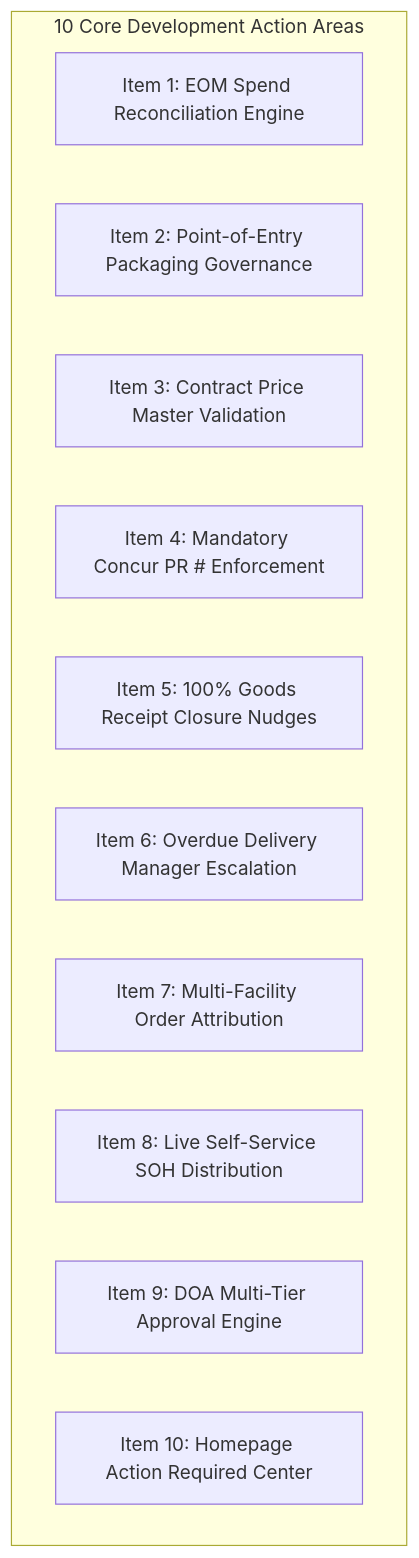
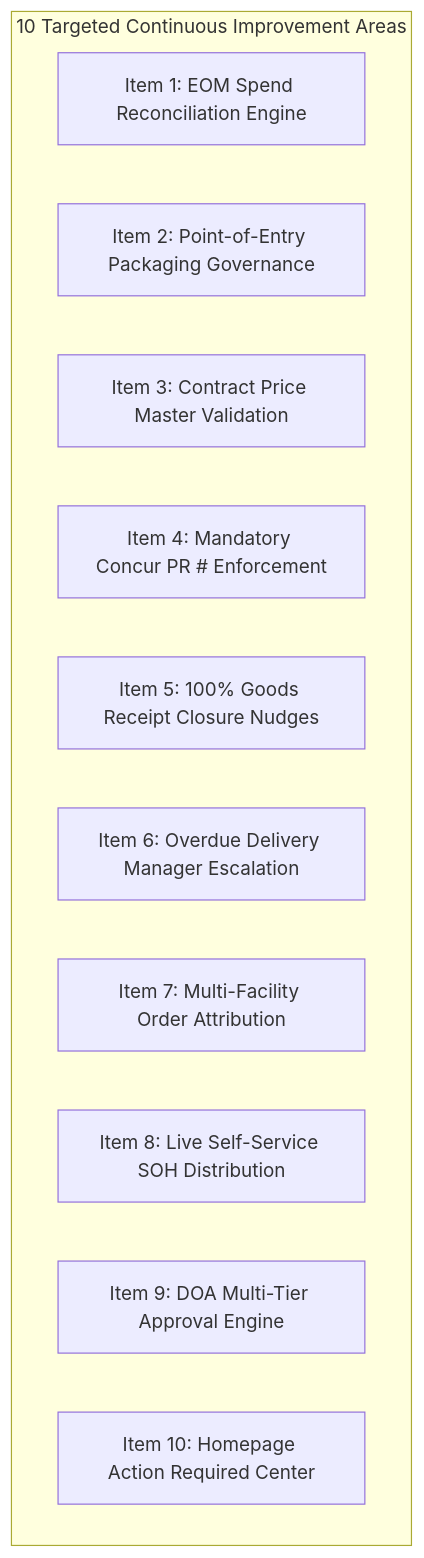
Before and after one commit to SPLGit-Project/ProcureFlow-App: the third of 3 diagrams in docs/PROCUREFLOW_DEVELOPMENT_ACTION_PLAN.md, drawn with Mermaid. The commit also changed other lines of this file, not shown here.

````diff
--- a/docs/PROCUREFLOW_DEVELOPMENT_ACTION_PLAN.md
+++ b/docs/PROCUREFLOW_DEVELOPMENT_ACTION_PLAN.md
@@ -37,15 +89,15 @@
 ```mermaid
 flowchart TD
-    subgraph Pillars ["10 Core Development Action Areas"]
+    subgraph Pillars ["10 Targeted Continuous Improvement Areas"]
         P1["Item 1: EOM Spend Reconciliation Engine"]
         P2["Item 2: Point-of-Entry Packaging Governance"]
         P3["Item 3: Contract Price Master Validation"]
         P4["Item 4: Mandatory Concur PR # Enforcement"]
         P5["Item 5: 100% Goods Receipt Closure Nudges"]
         P6["Item 6: Overdue Delivery Manager Escalation"]
         P7["Item 7: Multi-Facility Order Attribution"]
         P8["Item 8: Live Self-Service SOH Distribution"]
         P9["Item 9: DOA Multi-Tier Approval Engine"]
         P10["Item 10: Homepage Action Required Center"]
     end
 ```
````
